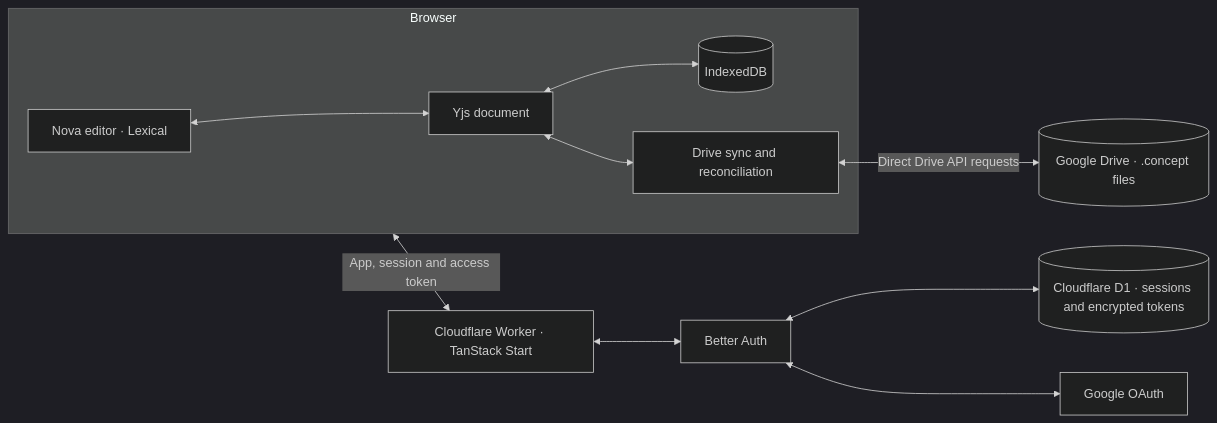
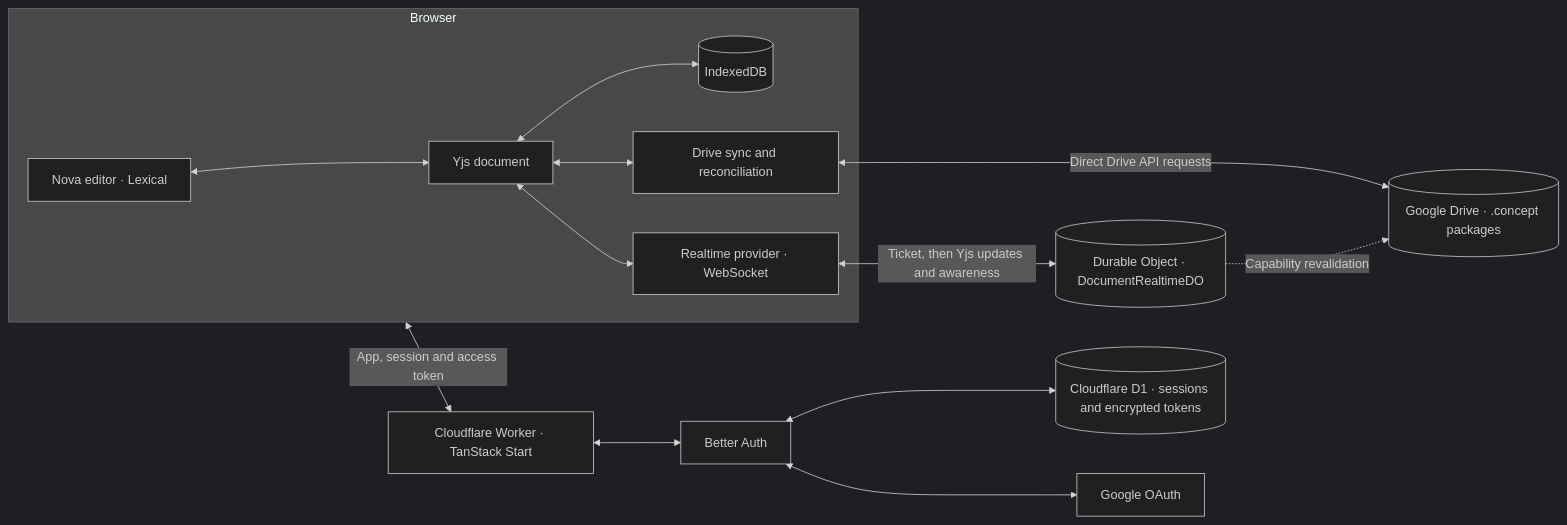
The diagram in README.md (notmaddock/concept), drawn with Mermaid (dark theme) before and after one commit. The commit also changed other lines of this file and 4 other files, not shown here.

First line of the commit message:
docs: document the realtime sync layer and refresh the readme

````diff
--- a/README.md
+++ b/README.md
@@ -41,13 +46,16 @@
 ```mermaid
 flowchart LR
     subgraph Browser
         Editor["Nova editor · Lexical"] <--> Yjs["Yjs document"]
         Yjs <--> IDB[("IndexedDB")]
         Yjs <--> Sync["Drive sync and reconciliation"]
+        Yjs <--> RT["Realtime provider · WebSocket"]
     end
-    Sync <-->|"Direct Drive API requests"| Drive[("Google Drive · .concept files")]
+    Sync <-->|"Direct Drive API requests"| Drive[("Google Drive · .concept packages")]
     Browser <-->|"App, session and access token"| Worker["Cloudflare Worker · TanStack Start"]
+    RT <-->|"Ticket, then Yjs updates and awareness"| DO[("Durable Object · DocumentRealtimeDO")]
+    DO -.->|"Capability revalidation"| Drive
     Worker <--> Auth["Better Auth"]
     Auth <--> D1[("Cloudflare D1 · sessions and encrypted tokens")]
     Auth <--> Google["Google OAuth"]
 ```
````
